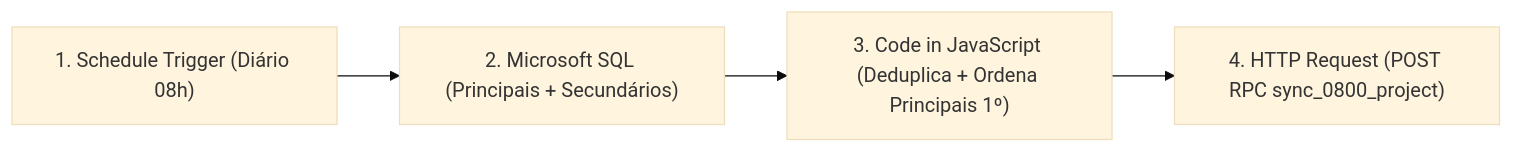
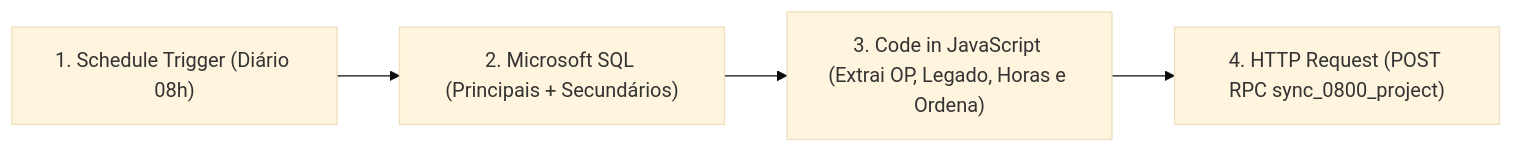
Before and after one commit to marcusvpo/siplan-hub: the diagram in docs/automacoes/criacao_projetos_e_produtos_secundarios_0800.md, drawn with Mermaid (base theme). The commit also changed other lines of this file and 14 other files, not shown here.

````diff
--- a/docs/automacoes/criacao_projetos_e_produtos_secundarios_0800.md
+++ b/docs/automacoes/criacao_projetos_e_produtos_secundarios_0800.md
@@ -26,6 +35,6 @@
 ```mermaid
 flowchart LR
     N1["1. Schedule Trigger (Diário 08h)"] --> N2["2. Microsoft SQL (Principais + Secundários)"]
-    N2 --> N3["3. Code in JavaScript (Deduplica + Ordena Principais 1º)"]
+    N2 --> N3["3. Code in JavaScript (Extrai OP, Legado, Horas e Ordena)"]
     N3 --> N4["4. HTTP Request (POST RPC sync_0800_project)"]
 ```
````
